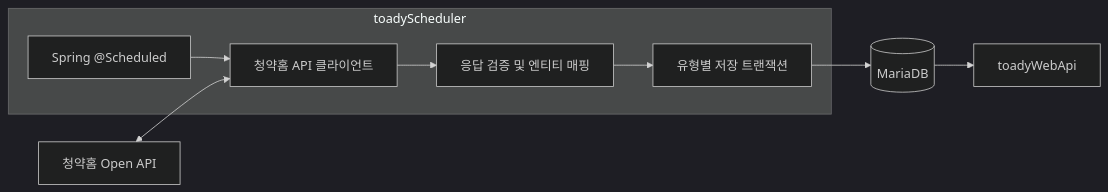
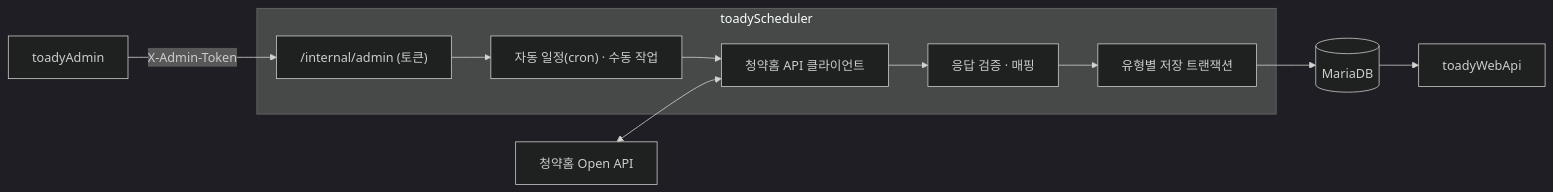
One commit to hyunyoul1004/toady changed the diagram in toadyScheduler/README.md. Above: the diagram before and after it, drawn with Mermaid (dark theme). The commit also changed other lines of this file and 4 other files, not shown here.

````diff
--- a/toadyScheduler/README.md
+++ b/toadyScheduler/README.md
@@ -16,13 +7,13 @@
 ```mermaid
 flowchart LR
     subgraph Scheduler["toadyScheduler"]
-        Cron["Spring @Scheduled"]
-        Client["청약홈 API 클라이언트"]
-        Mapper["응답 검증 및 엔티티 매핑"]
-        Persistence["유형별 저장 트랜잭션"]
-        Cron --> Client --> Mapper --> Persistence
+        Timer["자동 일정(cron) · 수동 작업"] --> Client["청약홈 API 클라이언트"]
+        Client --> Check["응답 검증 · 매핑"]
+        Check --> Save["유형별 저장 트랜잭션"]
+        Internal["/internal/admin (토큰)"] --> Timer
     end
     Applyhome["청약홈 Open API"] <--> Client
-    Persistence --> DB[("MariaDB")]
+    Save --> DB[("MariaDB")]
+    Admin["toadyAdmin"] -->|X-Admin-Token| Internal
     DB --> API["toadyWebApi"]
 ```
````
